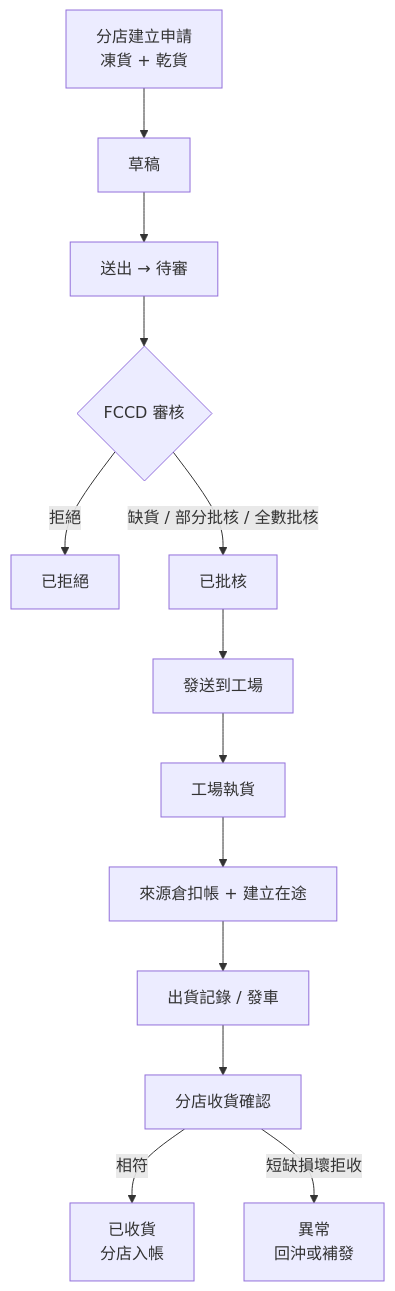
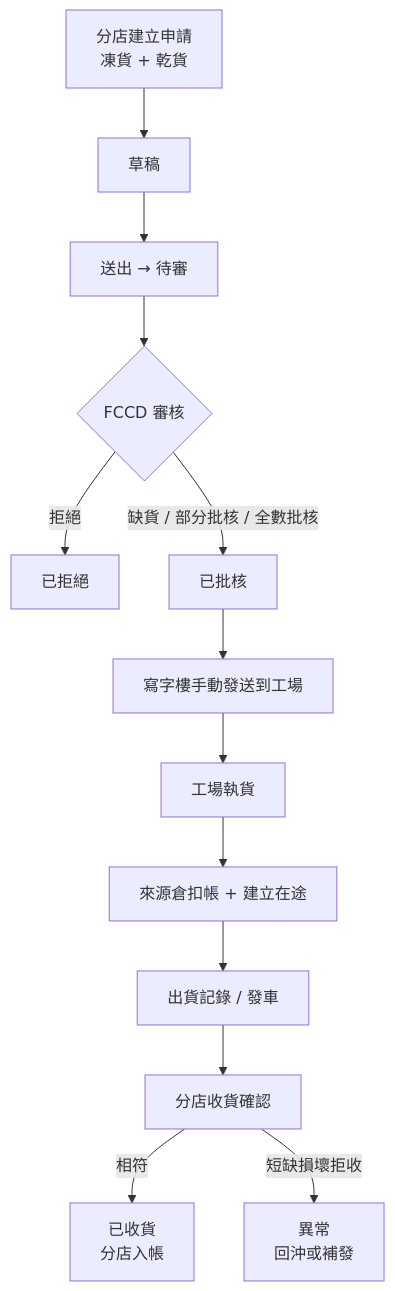
Before and after one commit to benjaken/fccd: the diagram in docs/SHOP_REPLENISHMENT_AND_HR_PRD.md, drawn with Mermaid. The commit also changed other lines of this file, not shown here.

````diff
--- a/docs/SHOP_REPLENISHMENT_AND_HR_PRD.md
+++ b/docs/SHOP_REPLENISHMENT_AND_HR_PRD.md
@@ -121,15 +144,15 @@
 ```mermaid
 flowchart TD
   A["分店建立申請\n凍貨 + 乾貨"] --> B["草稿"]
   B --> C["送出 → 待審"]
   C --> D{"FCCD 審核"}
   D -->|拒絕| E["已拒絕"]
   D -->|缺貨 / 部分批核 / 全數批核| F["已批核"]
-  F --> G["發送到工場"]
+  F --> G["寫字樓手動發送到工場"]
   G --> H["工場執貨"]
   H --> I["來源倉扣帳 + 建立在途"]
   I --> J["出貨記錄 / 發車"]
   J --> K["分店收貨確認"]
   K -->|相符| L["已收貨\n分店入帳"]
   K -->|短缺損壞拒收| M["異常\n回沖或補發"]
 ```
````
